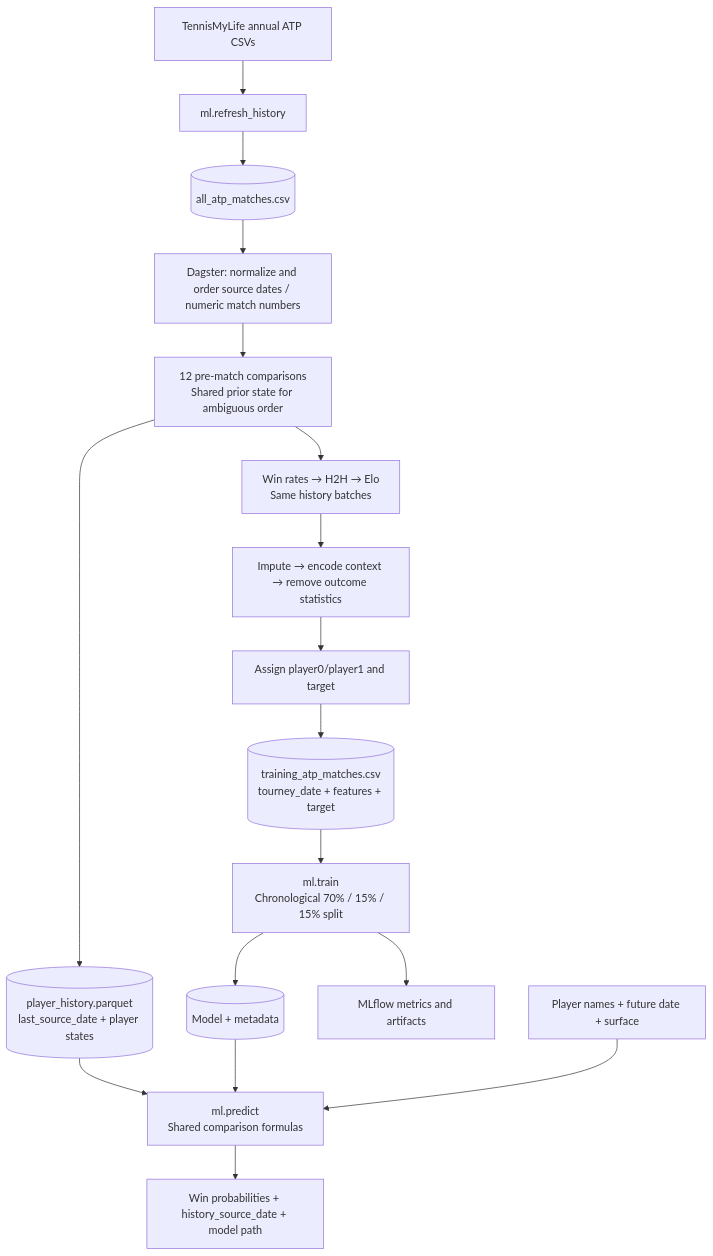
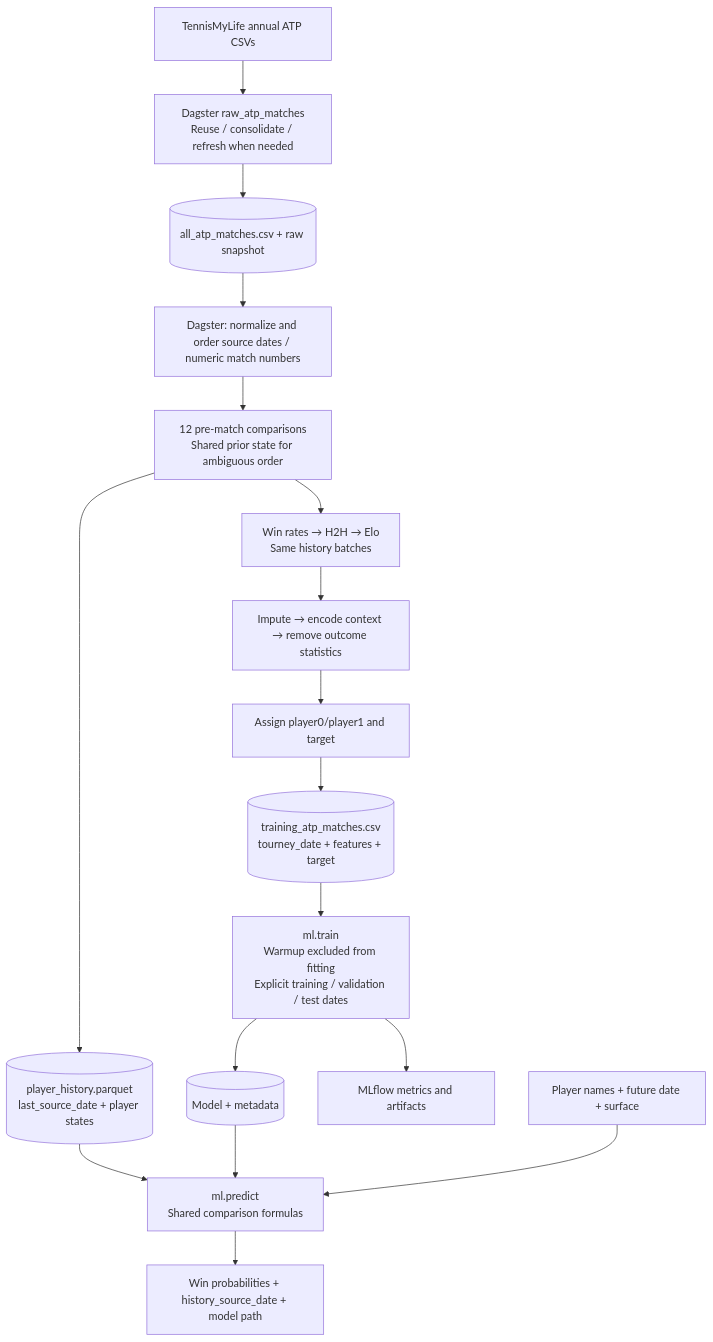
The diagram in docs/project-diagram.md (davialmeida135/tennis-match-prediction), drawn with Mermaid before and after one commit. The commit also changed 11 other files, not shown here.

````diff
--- a/docs/project-diagram.md
+++ b/docs/project-diagram.md
@@ -3,19 +3,19 @@
 ```mermaid
 flowchart TB
-    source["TennisMyLife annual ATP CSVs"] --> refresh["ml.refresh_history"]
-    refresh --> raw[("all_atp_matches.csv")]
+    source["TennisMyLife annual ATP CSVs"] --> refresh["Dagster raw_atp_matches<br/>Reuse / consolidate / refresh when needed"]
+    refresh --> raw[("all_atp_matches.csv + raw snapshot")]
     raw --> normalize["Dagster: normalize and order source dates / numeric match numbers"]
     normalize --> comparisons["12 pre-match comparisons<br/>Shared prior state for ambiguous order"]
     comparisons --> history[("player_history.parquet<br/>last_source_date + player states")]
     comparisons --> extras["Win rates → H2H → Elo<br/>Same history batches"]
     extras --> curate["Impute → encode context → remove outcome statistics"]
     curate --> rows["Assign player0/player1 and target"]
     rows --> training[("training_atp_matches.csv<br/>tourney_date + features + target")]
-    training --> train["ml.train<br/>Chronological 70% / 15% / 15% split"]
+    training --> train["ml.train<br/>Warmup excluded from fitting<br/>Explicit training / validation / test dates"]
     train --> model[("Model + metadata")]
     train --> tracking["MLflow metrics and artifacts"]
     history --> predict["ml.predict<br/>Shared comparison formulas"]
     model --> predict
     request["Player names + future date + surface"] --> predict
     predict --> output["Win probabilities + history_source_date + model path"]
 ```
````
